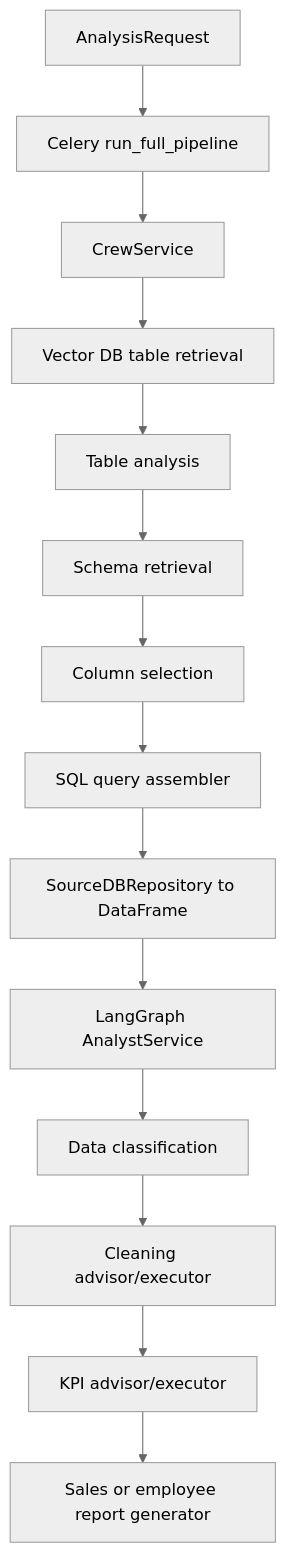
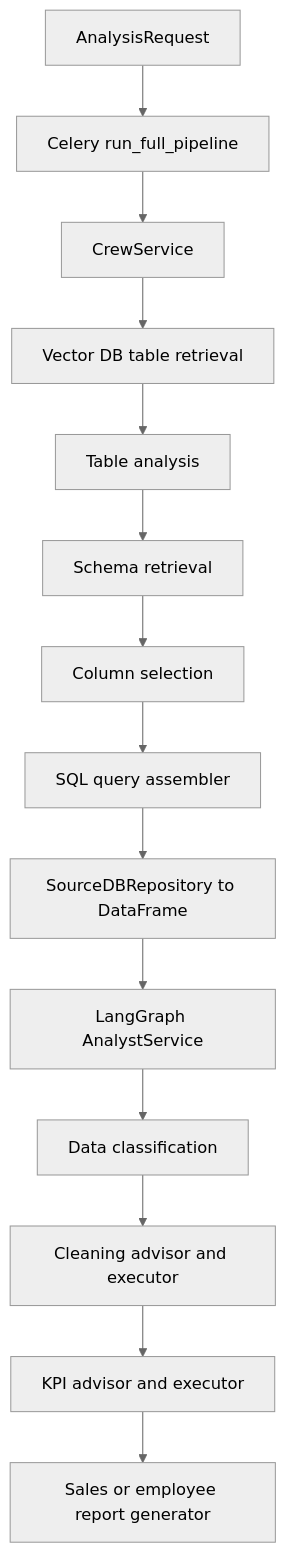
The fifth of 11 diagrams in README.md (RecoMind-Company/RecoMind-AI), drawn with Mermaid (neutral theme) before and after one commit. The commit also changed other lines of this file and 12 other files, not shown here.

````diff
--- a/README.md
+++ b/README.md
@@ -270,16 +300,16 @@
 ```mermaid
 flowchart TD
-    A[AnalysisRequest] --> B[Celery run_full_pipeline]
-    B --> C[CrewService]
-    C --> D[Vector DB table retrieval]
-    D --> E[Table analysis]
-    E --> F[Schema retrieval]
-    F --> G[Column selection]
-    G --> H[SQL query assembler]
-    H --> I[SourceDBRepository to DataFrame]
-    I --> J[LangGraph AnalystService]
-    J --> K[Data classification]
-    K --> L[Cleaning advisor/executor]
-    L --> M[KPI advisor/executor]
-    M --> N[Sales or employee report generator]
+    A["AnalysisRequest"] --> B["Celery run_full_pipeline"]
+    B --> C["CrewService"]
+    C --> D["Vector DB table retrieval"]
+    D --> E["Table analysis"]
+    E --> F["Schema retrieval"]
+    F --> G["Column selection"]
+    G --> H["SQL query assembler"]
+    H --> I["SourceDBRepository to DataFrame"]
+    I --> J["LangGraph AnalystService"]
+    J --> K["Data classification"]
+    K --> L["Cleaning advisor and executor"]
+    L --> M["KPI advisor and executor"]
+    M --> N["Sales or employee report generator"]
 ```
````
